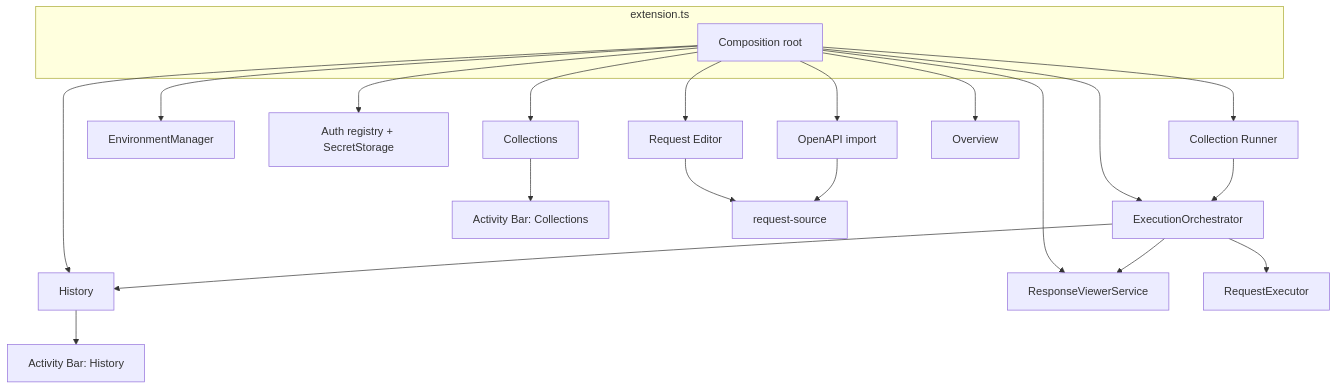
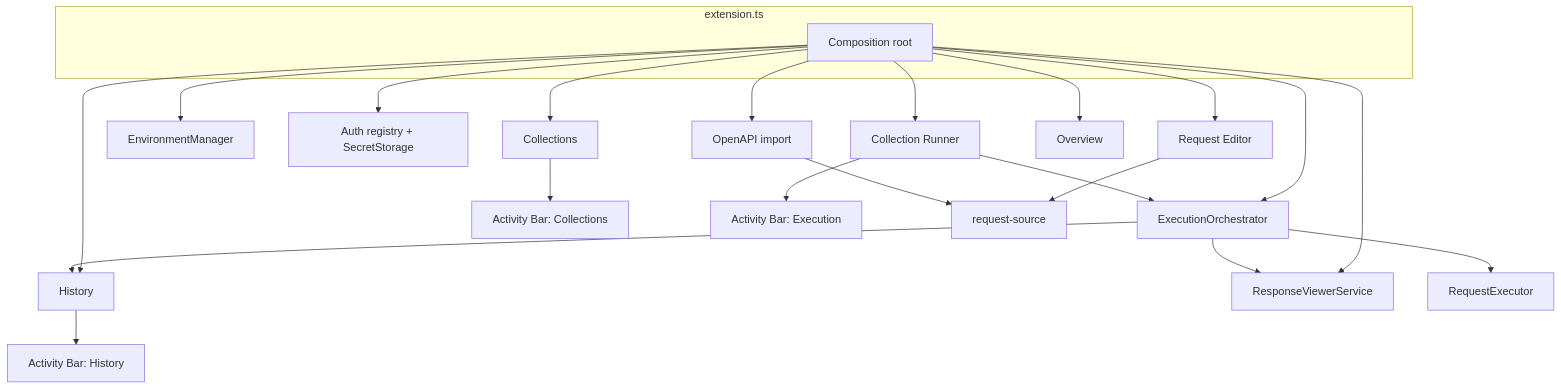
The first of 2 diagrams in docs/architecture/README.md (AnkitSemwal007/API-Hero), drawn with Mermaid before and after one commit. The commit also changed other lines of this file and 36 other files, not shown here.

````diff
--- a/docs/architecture/README.md
+++ b/docs/architecture/README.md
@@ -9,26 +9,27 @@
 ```mermaid
 flowchart TB
   subgraph activate ["extension.ts"]
     EXT[Composition root]
   end
 
   EXT --> COLL[Collections]
   EXT --> HIST[History]
   EXT --> ORCH[ExecutionOrchestrator]
   EXT --> VARS[EnvironmentManager]
   EXT --> AUTH[Auth registry + SecretStorage]
   EXT --> RESP[ResponseViewerService]
   EXT --> RE[Request Editor]
   EXT --> CR[Collection Runner]
   EXT --> OAPI[OpenAPI import]
   EXT --> OV[Overview]
 
   COLL --> TREE[Activity Bar: Collections]
+  CR --> ETREE[Activity Bar: Execution]
   HIST --> HTREE[Activity Bar: History]
   ORCH --> EXEC[RequestExecutor]
   ORCH --> HIST
   ORCH --> RESP
   CR --> ORCH
   RE --> SRC[request-source]
   OAPI --> SRC
 ```
````
